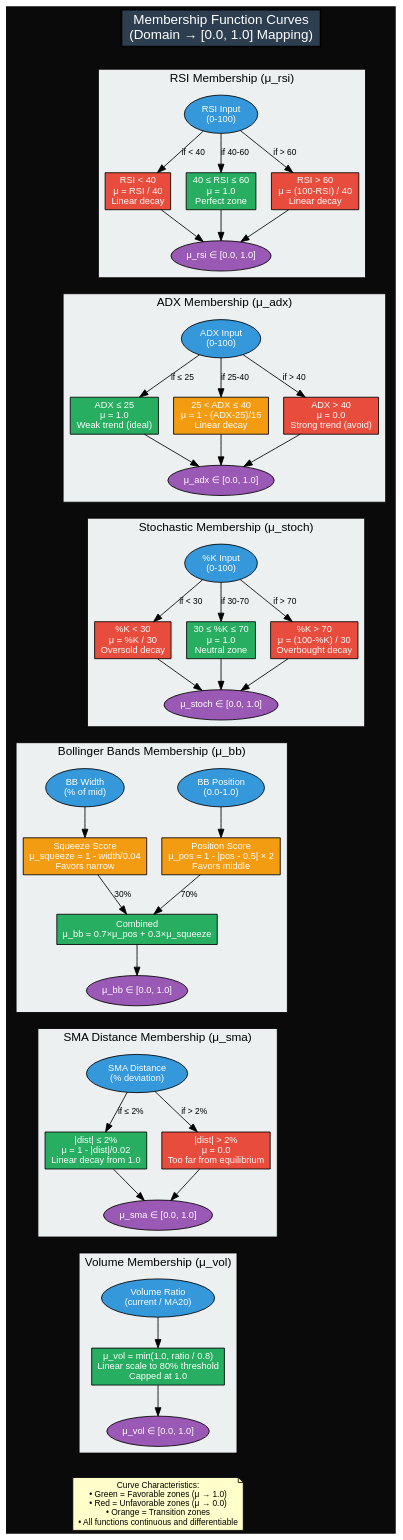
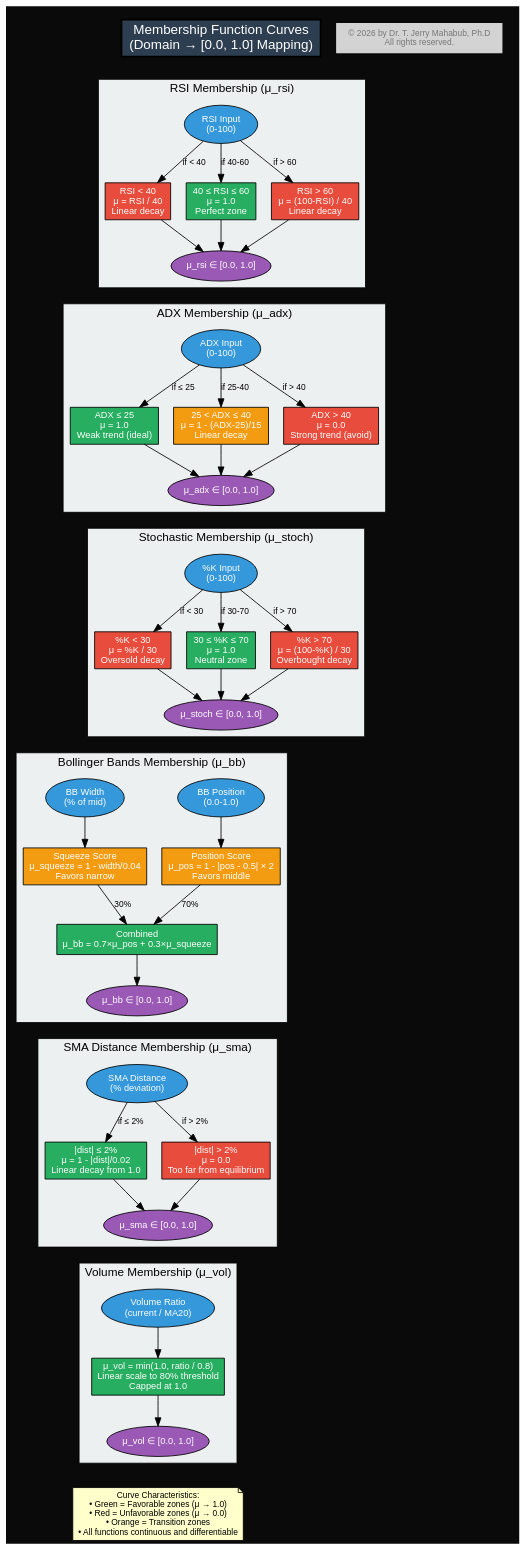
Before and after one commit to trextrader/spy-iron-condor-trading: the diagram in docs/architecture/membership_curves.dot, drawn with Graphviz. The commit also changed 37 other files, not shown here.

Commit message:
Add Copyright Notice to all architecture diagrams (Dr. T. Jerry Mahabub)

```diff
--- a/docs/architecture/membership_curves.dot
+++ b/docs/architecture/membership_curves.dot
@@ -1,151 +1,160 @@
 digraph MembershipFunctions {
       rankdir=TB;
       bgcolor="#0a0a0a";
       fontname="Arial";
       fontsize=14;
 
       node [fontname="Arial", fontsize=11, style=filled];
       edge [fontname="Arial", fontsize=10];
 
       // Title
       title [label="Membership Function Curves\n(Domain → [0.0, 1.0] Mapping)",
              shape=box, fillcolor="#2c3e50", fontcolor=white, fontsize=16, style="filled,bold"];
 
       // RSI Function
       subgraph cluster_rsi {
           label="RSI Membership (μ_rsi)";
           style=filled;
           fillcolor="#ecf0f1";
 
           rsi_input [label="RSI Input\n(0-100)", shape=oval, fillcolor="#3498db", fontcolor=white];
 
           rsi_zone1 [label="RSI < 40\nμ = RSI / 40\nLinear decay", shape=box, fillcolor="#e74c3c", fontcolor=white];
           rsi_zone2 [label="40 ≤ RSI ≤ 60\nμ = 1.0\nPerfect zone", shape=box, fillcolor="#27ae60", fontcolor=white];
           rsi_zone3 [label="RSI > 60\nμ = (100-RSI) / 40\nLinear decay", shape=box, fillcolor="#e74c3c", fontcolor=white];
 
           rsi_output [label="μ_rsi ∈ [0.0, 1.0]", shape=oval, fillcolor="#9b59b6", fontcolor=white];
 
           rsi_input -> rsi_zone1 [label="if < 40"];
           rsi_input -> rsi_zone2 [label="if 40-60"];
           rsi_input -> rsi_zone3 [label="if > 60"];
           rsi_zone1 -> rsi_output;
           rsi_zone2 -> rsi_output;
           rsi_zone3 -> rsi_output;
       }
 
       // ADX Function
       subgraph cluster_adx {
           label="ADX Membership (μ_adx)";
           style=filled;
           fillcolor="#ecf0f1";
 
           adx_input [label="ADX Input\n(0-100)", shape=oval, fillcolor="#3498db", fontcolor=white];
 
           adx_zone1 [label="ADX ≤ 25\nμ = 1.0\nWeak trend (ideal)", shape=box, fillcolor="#27ae60", fontcolor=white];
           adx_zone2 [label="25 < ADX ≤ 40\nμ = 1 - (ADX-25)/15\nLinear decay", shape=box, fillcolor="#f39c12", fontcolor=white];
           adx_zone3 [label="ADX > 40\nμ = 0.0\nStrong trend (avoid)", shape=box, fillcolor="#e74c3c", fontcolor=white];
 
           adx_output [label="μ_adx ∈ [0.0, 1.0]", shape=oval, fillcolor="#9b59b6", fontcolor=white];
 
           adx_input -> adx_zone1 [label="if ≤ 25"];
           adx_input -> adx_zone2 [label="if 25-40"];
           adx_input -> adx_zone3 [label="if > 40"];
           adx_zone1 -> adx_output;
           adx_zone2 -> adx_output;
           adx_zone3 -> adx_output;
       }
 
       // Stochastic Function
       subgraph cluster_stoch {
           label="Stochastic Membership (μ_stoch)";
           style=filled;
           fillcolor="#ecf0f1";
 
           stoch_input [label="%K Input\n(0-100)", shape=oval, fillcolor="#3498db", fontcolor=white];
 
           stoch_zone1 [label="%K < 30\nμ = %K / 30\nOversold decay", shape=box, fillcolor="#e74c3c", fontcolor=white];
           stoch_zone2 [label="30 ≤ %K ≤ 70\nμ = 1.0\nNeutral zone", shape=box, fillcolor="#27ae60", fontcolor=white];
           stoch_zone3 [label="%K > 70\nμ = (100-%K) / 30\nOverbought decay", shape=box, fillcolor="#e74c3c", fontcolor=white];
 
           stoch_output [label="μ_stoch ∈ [0.0, 1.0]", shape=oval, fillcolor="#9b59b6", fontcolor=white];
 
           stoch_input -> stoch_zone1 [label="if < 30"];
           stoch_input -> stoch_zone2 [label="if 30-70"];
           stoch_input -> stoch_zone3 [label="if > 70"];
           stoch_zone1 -> stoch_output;
           stoch_zone2 -> stoch_output;
           stoch_zone3 -> stoch_output;
       }
 
       // Bollinger Bands Function
       subgraph cluster_bb {
           label="Bollinger Bands Membership (μ_bb)";
           style=filled;
           fillcolor="#ecf0f1";
 
           bb_pos_input [label="BB Position\n(0.0-1.0)", shape=oval, fillcolor="#3498db", fontcolor=white];
           bb_width_input [label="BB Width\n(% of mid)", shape=oval, fillcolor="#3498db", fontcolor=white];
 
           bb_pos_score [label="Position Score\nμ_pos = 1 - |pos - 0.5| × 2\nFavors middle", shape=box, fillcolor="#f39c12", fontcolor=white];
           bb_squeeze_score [label="Squeeze Score\nμ_squeeze = 1 - width/0.04\nFavors narrow", shape=box, fillcolor="#f39c12", fontcolor=white];
 
           bb_combine [label="Combined\nμ_bb = 0.7×μ_pos + 0.3×μ_squeeze", shape=box, fillcolor="#27ae60", fontcolor=white];
 
           bb_output [label="μ_bb ∈ [0.0, 1.0]", shape=oval, fillcolor="#9b59b6", fontcolor=white];
 
           bb_pos_input -> bb_pos_score;
           bb_width_input -> bb_squeeze_score;
           bb_pos_score -> bb_combine [label="70%"];
           bb_squeeze_score -> bb_combine [label="30%"];
           bb_combine -> bb_output;
       }
 
       // SMA Distance Function
       subgraph cluster_sma {
           label="SMA Distance Membership (μ_sma)";
           style=filled;
           fillcolor="#ecf0f1";
 
           sma_input [label="SMA Distance\n(% deviation)", shape=oval, fillcolor="#3498db", fontcolor=white];
 
           sma_zone1 [label="|dist| ≤ 2%\nμ = 1 - |dist|/0.02\nLinear decay from 1.0", shape=box, fillcolor="#27ae60", fontcolor=white];
           sma_zone2 [label="|dist| > 2%\nμ = 0.0\nToo far from equilibrium", shape=box, fillcolor="#e74c3c", fontcolor=white];
 
           sma_output [label="μ_sma ∈ [0.0, 1.0]", shape=oval, fillcolor="#9b59b6", fontcolor=white];
 
           sma_input -> sma_zone1 [label="if ≤ 2%"];
           sma_input -> sma_zone2 [label="if > 2%"];
           sma_zone1 -> sma_output;
           sma_zone2 -> sma_output;
       }
 
       // Volume Function
       subgraph cluster_vol {
           label="Volume Membership (μ_vol)";
           style=filled;
           fillcolor="#ecf0f1";
 
           vol_input [label="Volume Ratio\n(current / MA20)", shape=oval, fillcolor="#3498db", fontcolor=white];
 
           vol_calc [label="μ_vol = min(1.0, ratio / 0.8)\nLinear scale to 80% threshold\nCapped at 1.0", shape=box, fillcolor="#27ae60", fontcolor=white];
 
           vol_output [label="μ_vol ∈ [0.0, 1.0]", shape=oval, fillcolor="#9b59b6", fontcolor=white];
 
           vol_input -> vol_calc;
           vol_calc -> vol_output;
       }
 
       // Layout connections
       title -> rsi_input [style=invis];
       rsi_output -> adx_input [style=invis];
       adx_output -> stoch_input [style=invis];
       stoch_output -> bb_pos_input [style=invis];
       bb_output -> sma_input [style=invis];
       sma_output -> vol_input [style=invis];
 
       // Legend
       legend [label="Curve Characteristics:\n• Green = Favorable zones (μ → 1.0)\n• Red = Unfavorable zones (μ → 0.0)\n• Orange = Transition zones\n• All functions continuous and differentiable",
               shape=note, fillcolor="#ffffcc", fontsize=10];
 
       vol_output -> legend [style=invis];
-  }
+  
+    // Copyright Notice
+    subgraph cluster_copyright {
+        style=invis;
+        rank=sink;
+        node [shape=plaintext, fontsize=10, fontcolor="#777777", fontname="Helvetica"];
+        copyright_note [label="© 2026 by Dr. T. Jerry Mahabub, Ph.D\nAll rights reserved."];
+    }
+
+}
```
